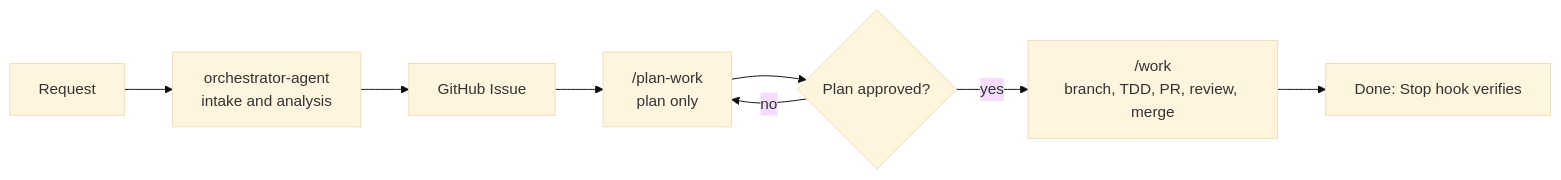
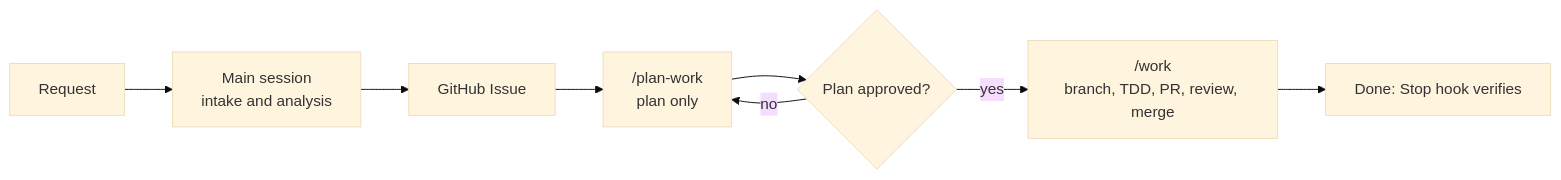
Before and after one commit to smallmiro/minecraft-server-manager: the diagram in docs/development/agent-collaboration.md, drawn with Mermaid (base theme). The commit also changed other lines of this file and 1 other file, not shown here.

First line of the commit message:
docs: update agent collaboration guide for skills, tools, and models (#853)

````diff
--- a/docs/development/agent-collaboration.md
+++ b/docs/development/agent-collaboration.md
@@ -44,10 +43,10 @@
 ```mermaid
 flowchart LR
-    A[Request] --> B[orchestrator-agent<br/>intake and analysis]
+    A[Request] --> B[Main session<br/>intake and analysis]
     B --> C[GitHub Issue]
     C --> D["/plan-work<br/>plan only"]
     D --> E{Plan approved?}
     E -- no --> D
     E -- yes --> F["/work<br/>branch, TDD, PR, review, merge"]
     F --> G[Done: Stop hook verifies]
 ```
````
